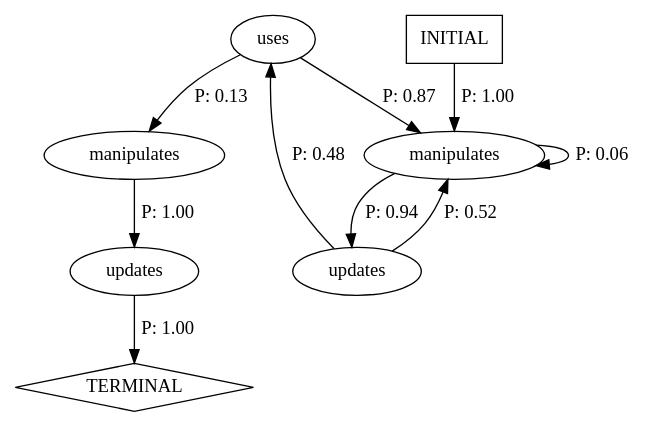
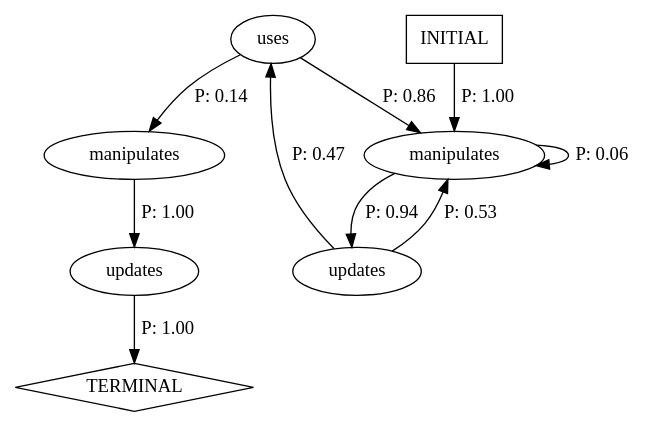
One commit to deeptiguntur/rowGameApp-v01 changed the diagram in tictactoe-v01/rowGameApp-arch.dot. Above: the diagram before and after it, drawn with Graphviz. The commit also changed 2 other files, not shown here.

```diff
--- a/tictactoe-v01/rowGameApp-arch.dot
+++ b/tictactoe-v01/rowGameApp-arch.dot
@@ -1,18 +1,18 @@
 digraph G {
   0 [label="manipulates"];
   1 [label="manipulates"];
   2 [label="updates"];
   3 [label="updates"];
   4 [label="uses"];
   5 [label="TERMINAL",shape=diamond];
   6 [label="INITIAL",shape=box];
 0->2 [label="P: 1.00"];
 1->1 [label="P: 0.06"];
 1->3 [label="P: 0.94"];
 2->5 [label="P: 1.00"];
-3->1 [label="P: 0.52"];
-3->4 [label="P: 0.48"];
-4->0 [label="P: 0.13"];
-4->1 [label="P: 0.87"];
+3->1 [label="P: 0.53"];
+3->4 [label="P: 0.47"];
+4->0 [label="P: 0.14"];
+4->1 [label="P: 0.86"];
 6->1 [label="P: 1.00"];
 }
```
